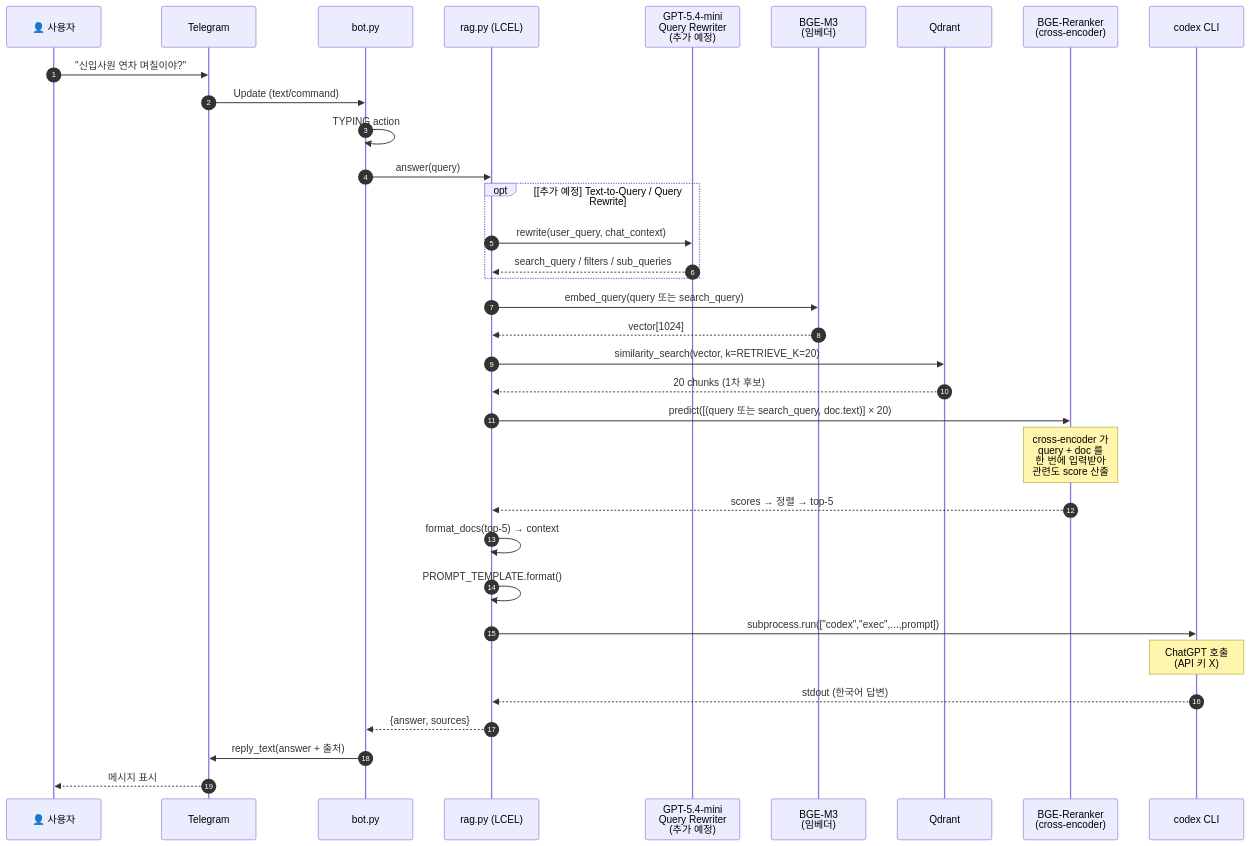
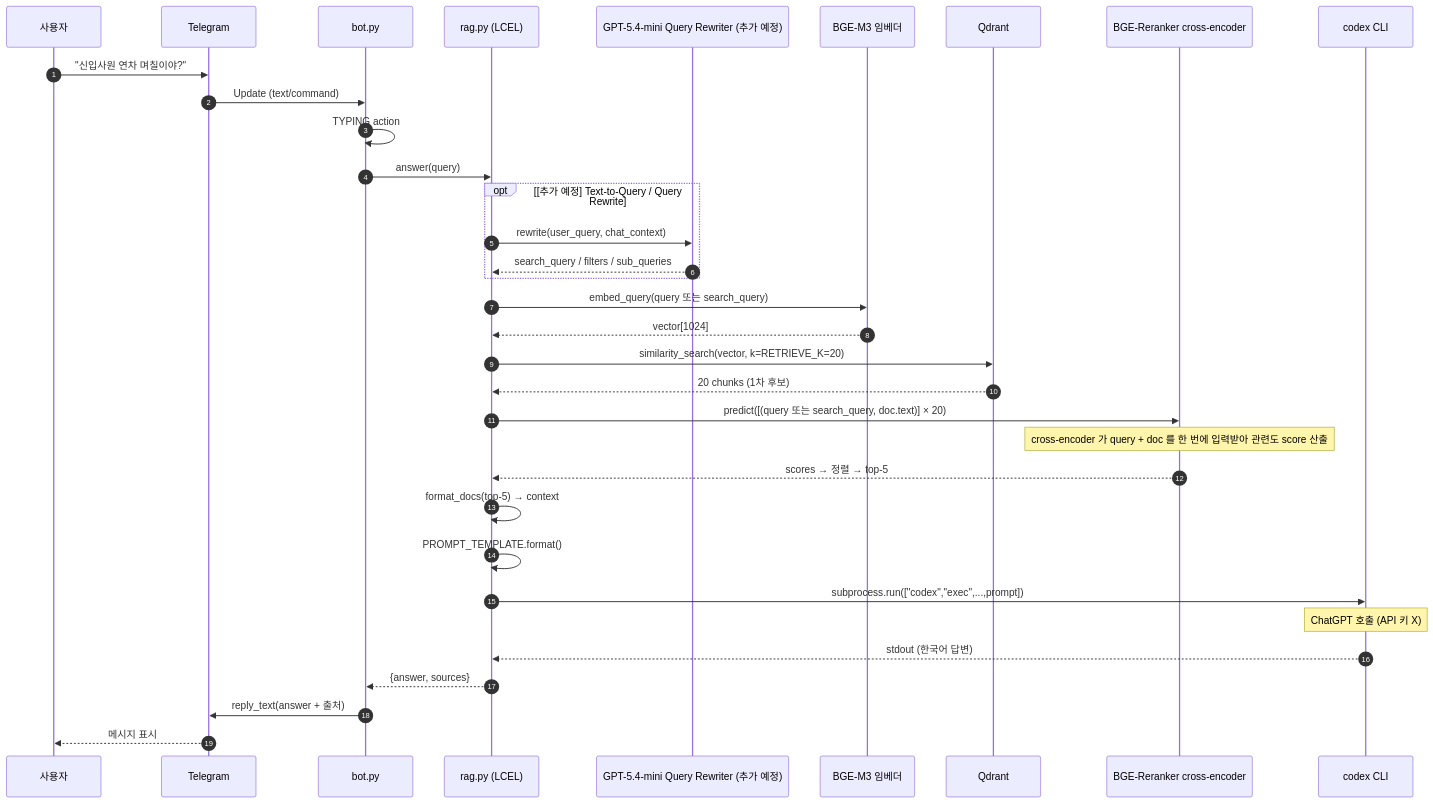
One commit to kyuminMoon/telegram-langchain-docs changed the second of 4 diagrams in docs/ARCHITECTURE.md. Above: the diagram before and after it, drawn with Mermaid. The commit also changed other lines of this file, not shown here.

Commit message:
fix: mermaid 깨지는 이슈 수정

````diff
--- a/docs/ARCHITECTURE.md
+++ b/docs/ARCHITECTURE.md
@@ -74,44 +74,44 @@
 ```mermaid
 sequenceDiagram
     autonumber
-    participant U as 👤 사용자
+    participant U as 사용자
     participant T as Telegram
     participant B as bot.py
     participant L as rag.py (LCEL)
-    participant W as GPT-5.4-mini<br/>Query Rewriter<br/>(추가 예정)
-    participant E as BGE-M3<br/>(임베더)
+    participant W as GPT-5.4-mini Query Rewriter (추가 예정)
+    participant E as BGE-M3 임베더
     participant Q as Qdrant
-    participant R as BGE-Reranker<br/>(cross-encoder)
+    participant R as BGE-Reranker cross-encoder
     participant C as codex CLI
 
     U->>T: "신입사원 연차 며칠이야?"
     T->>B: Update (text/command)
     B->>B: TYPING action
     B->>L: answer(query)
 
     opt [추가 예정] Text-to-Query / Query Rewrite
         L->>W: rewrite(user_query, chat_context)
         W-->>L: search_query / filters / sub_queries
     end
 
     L->>E: embed_query(query 또는 search_query)
     E-->>L: vector[1024]
 
     L->>Q: similarity_search(vector, k=RETRIEVE_K=20)
     Q-->>L: 20 chunks (1차 후보)
 
     L->>R: predict([(query 또는 search_query, doc.text)] × 20)
-    Note over R: cross-encoder 가<br/>query + doc 를<br/>한 번에 입력받아<br/>관련도 score 산출
+    Note over R: cross-encoder 가 query + doc 를 한 번에 입력받아 관련도 score 산출
     R-->>L: scores → 정렬 → top-5
 
     L->>L: format_docs(top-5) → context
     L->>L: PROMPT_TEMPLATE.format()
 
     L->>C: subprocess.run(["codex","exec",...,prompt])
-    Note over C: ChatGPT 호출<br/>(API 키 X)
+    Note over C: ChatGPT 호출 (API 키 X)
     C-->>L: stdout (한국어 답변)
 
     L-->>B: {answer, sources}
     B->>T: reply_text(answer + 출처)
     T-->>U: 메시지 표시
 ```
````
